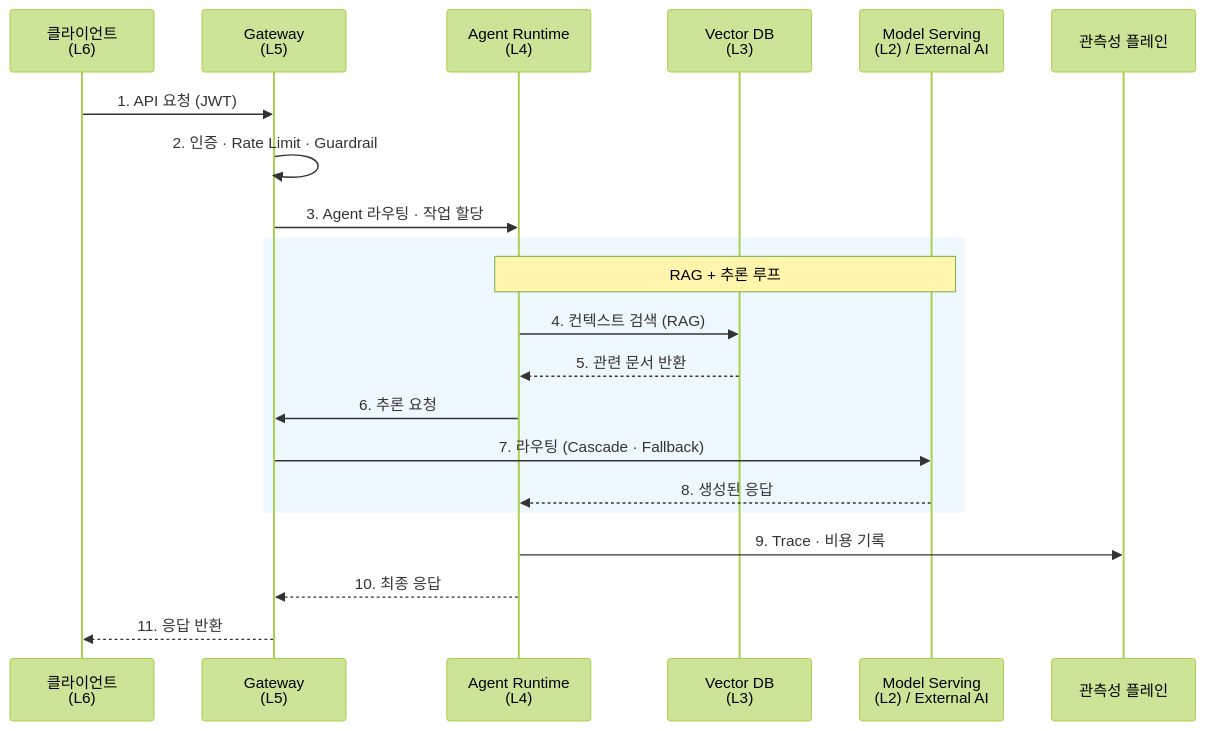
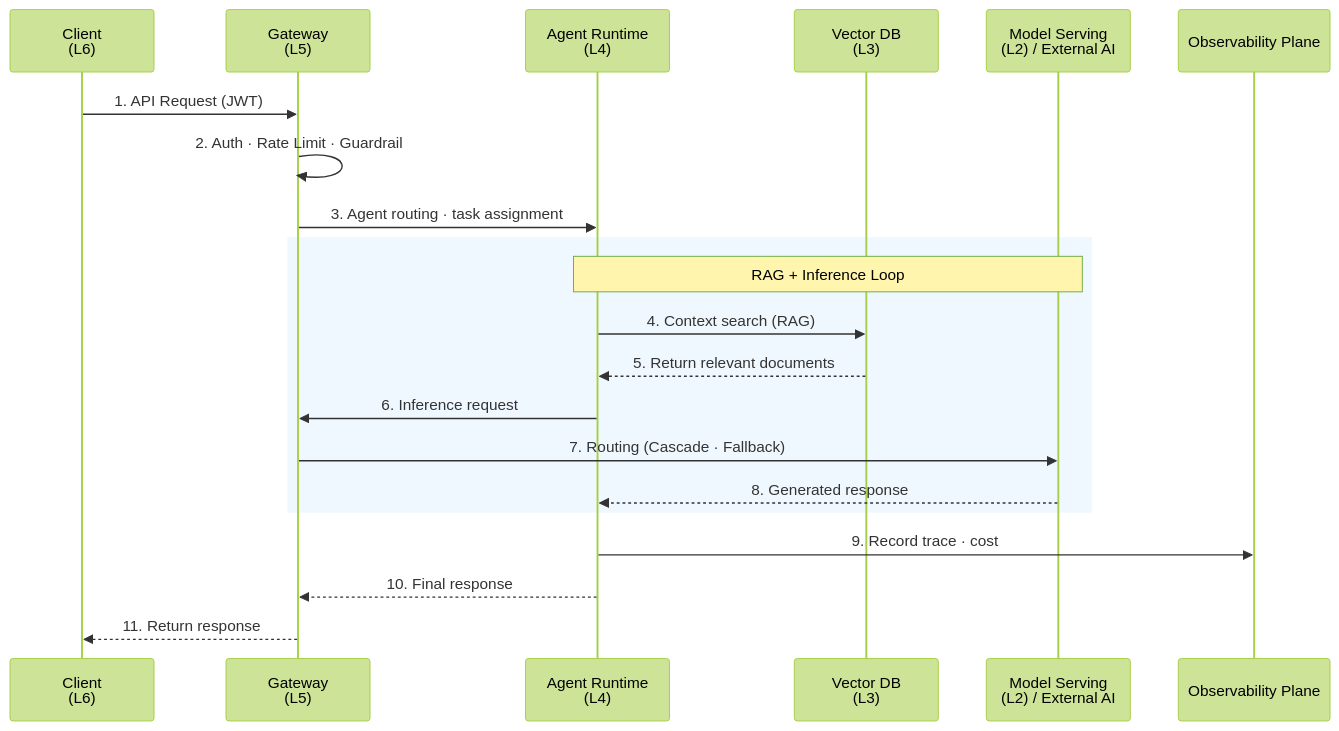
The tenth of 10 diagrams in docs/agentic-ai-platform/design-architecture/foundations/agentic-platform-architecture.md (devfloor9/engineering-playbook), drawn with Mermaid (forest theme) before and after one commit. The commit also changed other lines of this file and 954 other files, not shown here.

````diff
--- a/docs/agentic-ai-platform/design-architecture/foundations/agentic-platform-architecture.md
+++ b/docs/agentic-ai-platform/design-architecture/foundations/agentic-platform-architecture.md
@@ -713,26 +710,26 @@
 ```mermaid
 sequenceDiagram
-    participant Client as 클라이언트<br/>(L6)
+    participant Client as Client<br/>(L6)
     participant Gateway as Gateway<br/>(L5)
     participant Agent as Agent Runtime<br/>(L4)
     participant VectorDB as Vector DB<br/>(L3)
     participant LLM as Model Serving<br/>(L2) / External AI
-    participant Trace as 관측성 플레인
+    participant Trace as Observability Plane
 
-    Client->>Gateway: 1. API 요청 (JWT)
-    Gateway->>Gateway: 2. 인증 · Rate Limit · Guardrail
-    Gateway->>Agent: 3. Agent 라우팅 · 작업 할당
+    Client->>Gateway: 1. API Request (JWT)
+    Gateway->>Gateway: 2. Auth · Rate Limit · Guardrail
+    Gateway->>Agent: 3. Agent routing · task assignment
 
     rect rgb(240, 248, 255)
-    Note over Agent,LLM: RAG + 추론 루프
-    Agent->>VectorDB: 4. 컨텍스트 검색 (RAG)
-    VectorDB-->>Agent: 5. 관련 문서 반환
-    Agent->>Gateway: 6. 추론 요청
-    Gateway->>LLM: 7. 라우팅 (Cascade · Fallback)
-    LLM-->>Agent: 8. 생성된 응답
+    Note over Agent,LLM: RAG + Inference Loop
+    Agent->>VectorDB: 4. Context search (RAG)
+    VectorDB-->>Agent: 5. Return relevant documents
+    Agent->>Gateway: 6. Inference request
+    Gateway->>LLM: 7. Routing (Cascade · Fallback)
+    LLM-->>Agent: 8. Generated response
     end
 
-    Agent->>Trace: 9. Trace · 비용 기록
-    Agent-->>Gateway: 10. 최종 응답
-    Gateway-->>Client: 11. 응답 반환
+    Agent->>Trace: 9. Record trace · cost
+    Agent-->>Gateway: 10. Final response
+    Gateway-->>Client: 11. Return response
 ```
````
